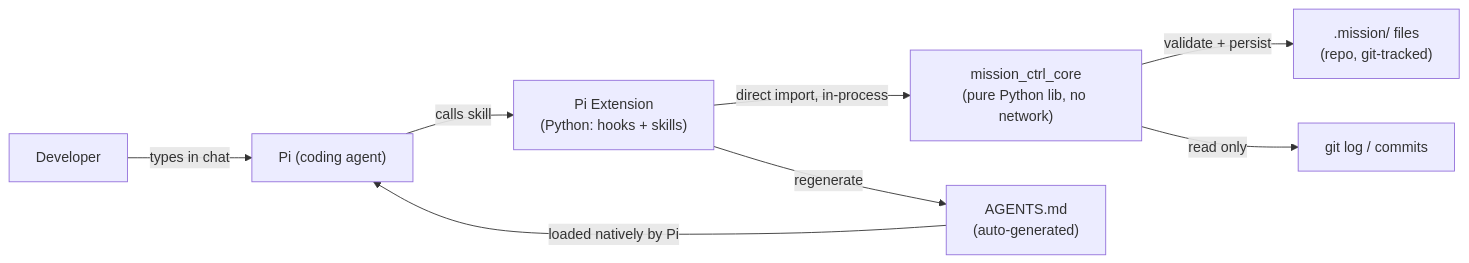
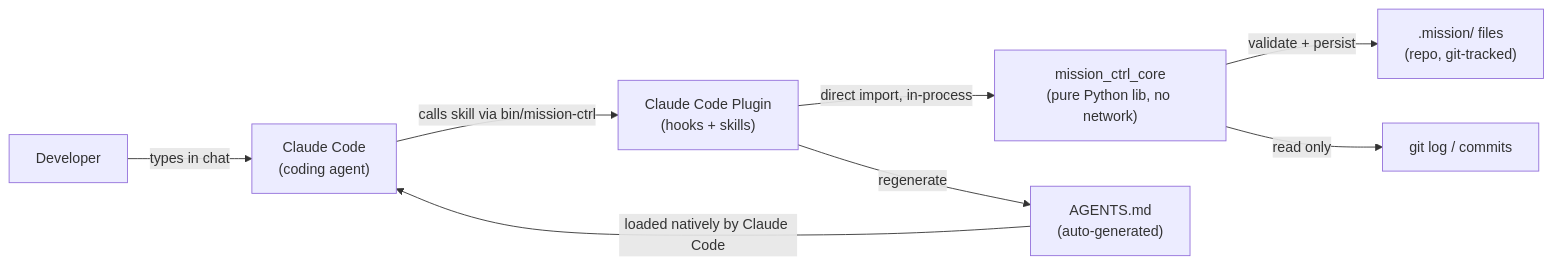
One commit to sdevikar/sdlc-tools changed the first of 4 diagrams in mission-ctrl/docs/architecture.md. Above: the diagram before and after it, drawn with Mermaid. The commit also changed other lines of this file and 14 other files, not shown here.

````diff
--- a/mission-ctrl/docs/architecture.md
+++ b/mission-ctrl/docs/architecture.md
@@ -12,18 +9,18 @@
 ```mermaid
 flowchart LR
     Dev["Developer"]
-    Agent["Pi (coding agent)"]
-    Ext["Pi Extension\n(Python: hooks + skills)"]
+    CC["Claude Code\n(coding agent)"]
+    Plugin["Claude Code Plugin\n(hooks + skills)"]
     Core["mission_ctrl_core\n(pure Python lib, no network)"]
     State[".mission/ files\n(repo, git-tracked)"]
     Git["git log / commits"]
     MD["AGENTS.md\n(auto-generated)"]
 
-    Dev -->|types in chat| Agent
-    Agent -->|calls skill| Ext
-    Ext -->|direct import, in-process| Core
+    Dev -->|types in chat| CC
+    CC -->|calls skill via bin/mission-ctrl| Plugin
+    Plugin -->|direct import, in-process| Core
     Core -->|validate + persist| State
     Core -->|read only| Git
-    Ext -->|regenerate| MD
-    MD -->|loaded natively by Pi| Agent
+    Plugin -->|regenerate| MD
+    MD -->|loaded natively by Claude Code| CC
 ```
````
